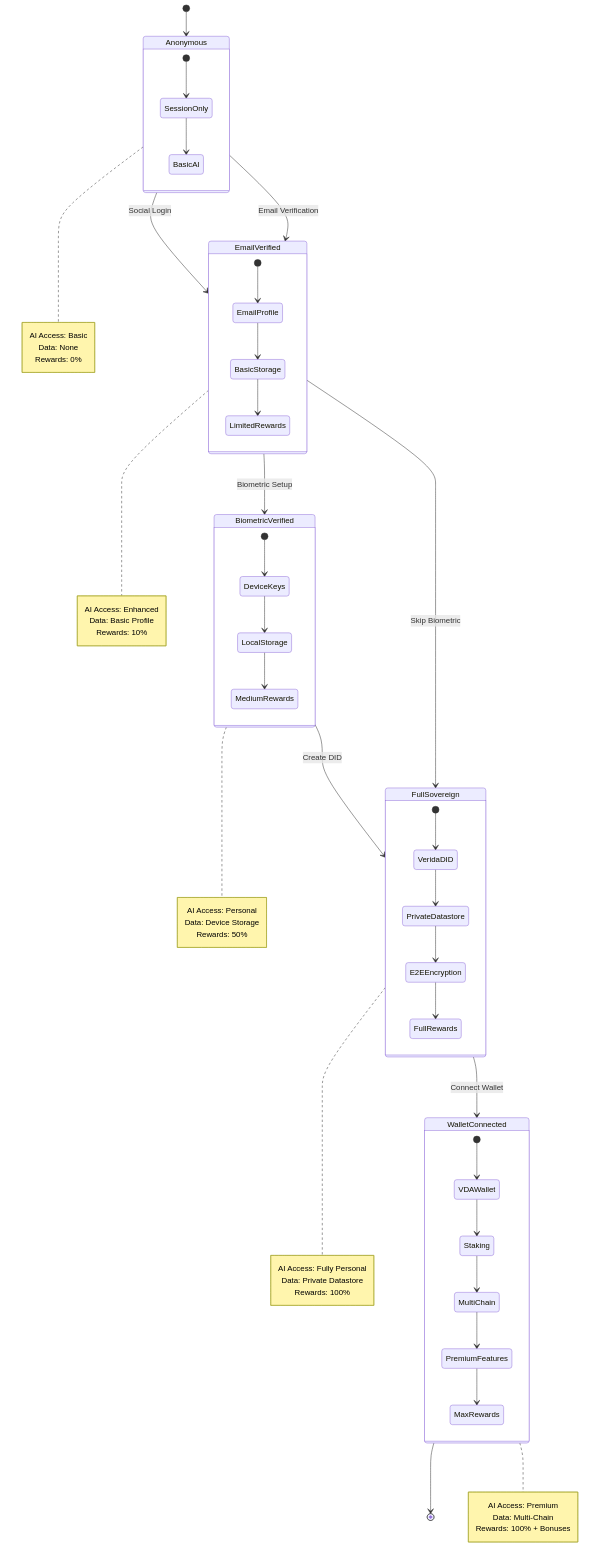
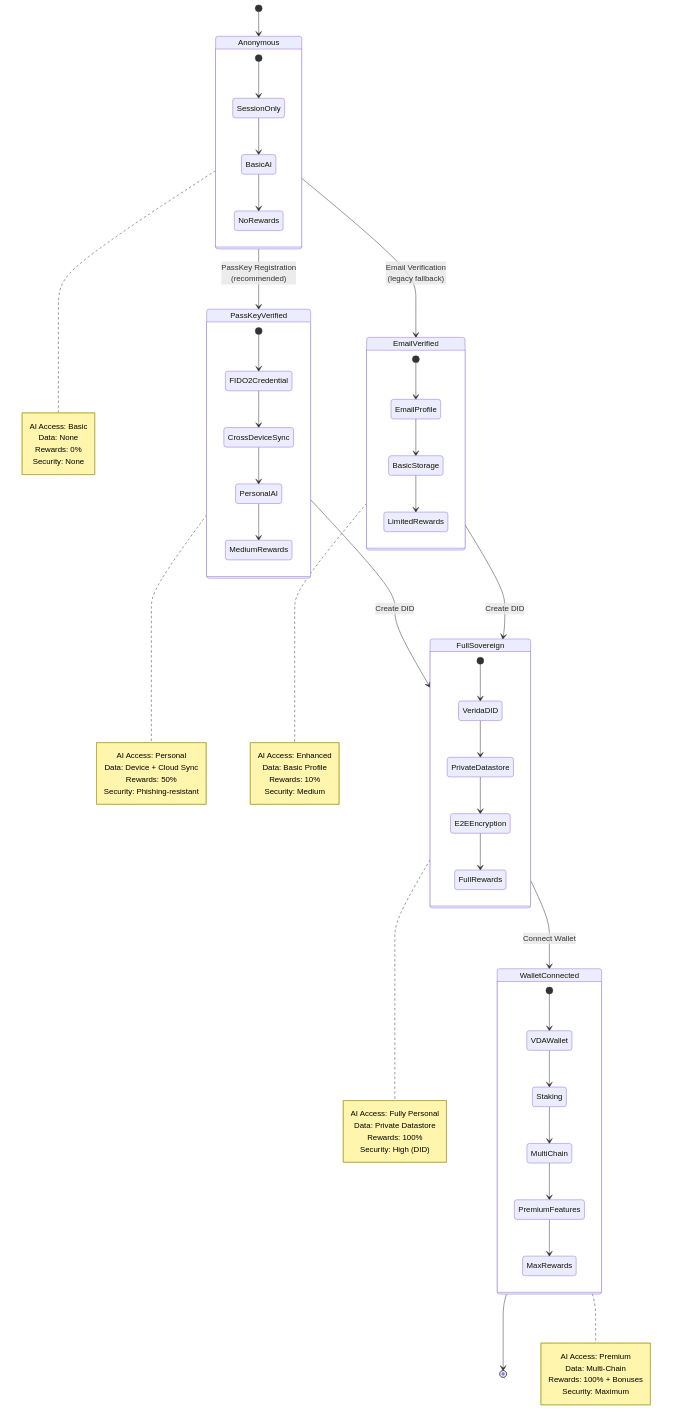
Before and after one commit to Kwaai-AI-Lab/KwaaiNet: the fifth of 18 diagrams in docs/DATA_FLOWS.md, drawn with Mermaid. The commit also changed other lines of this file, not shown here.

First line of the commit message:
Update authentication architecture to use PassKeys as primary path

````diff
--- a/docs/DATA_FLOWS.md
+++ b/docs/DATA_FLOWS.md
@@ -128,31 +204,31 @@
 stateDiagram-v2
     [*] --> Anonymous
 
-    Anonymous --> EmailVerified: Email Verification
-    Anonymous --> EmailVerified: Social Login
+    Anonymous --> PassKeyVerified: PassKey Registration<br/>(recommended)
+    Anonymous --> EmailVerified: Email Verification<br/>(legacy fallback)
 
-    EmailVerified --> BiometricVerified: Biometric Setup
-    EmailVerified --> FullSovereign: Skip Biometric
-
-    BiometricVerified --> FullSovereign: Create DID
+    PassKeyVerified --> FullSovereign: Create DID
+    EmailVerified --> FullSovereign: Create DID
 
     FullSovereign --> WalletConnected: Connect Wallet
 
     state Anonymous {
         [*] --> SessionOnly
         SessionOnly --> BasicAI
+        BasicAI --> NoRewards
+    }
+
+    state PassKeyVerified {
+        [*] --> FIDO2Credential
+        FIDO2Credential --> CrossDeviceSync
+        CrossDeviceSync --> PersonalAI
+        PersonalAI --> MediumRewards
     }
 
     state EmailVerified {
         [*] --> EmailProfile
         EmailProfile --> BasicStorage
         BasicStorage --> LimitedRewards
-    }
-
-    state BiometricVerified {
-        [*] --> DeviceKeys
-        DeviceKeys --> LocalStorage
-        LocalStorage --> MediumRewards
     }
 
     state FullSovereign {
@@ -176,29 +252,34 @@
         AI Access: Basic
         Data: None
         Rewards: 0%
+        Security: None
+    end note
+
+    note right of PassKeyVerified
+        AI Access: Personal
+        Data: Device + Cloud Sync
+        Rewards: 50%
+        Security: Phishing-resistant
     end note
 
     note right of EmailVerified
         AI Access: Enhanced
         Data: Basic Profile
         Rewards: 10%
-    end note
-
-    note right of BiometricVerified
-        AI Access: Personal
-        Data: Device Storage
-        Rewards: 50%
+        Security: Medium
     end note
 
     note right of FullSovereign
         AI Access: Fully Personal
         Data: Private Datastore
         Rewards: 100%
+        Security: High (DID)
     end note
 
     note right of WalletConnected
         AI Access: Premium
         Data: Multi-Chain
         Rewards: 100% + Bonuses
+        Security: Maximum
     end note
 ```
````
